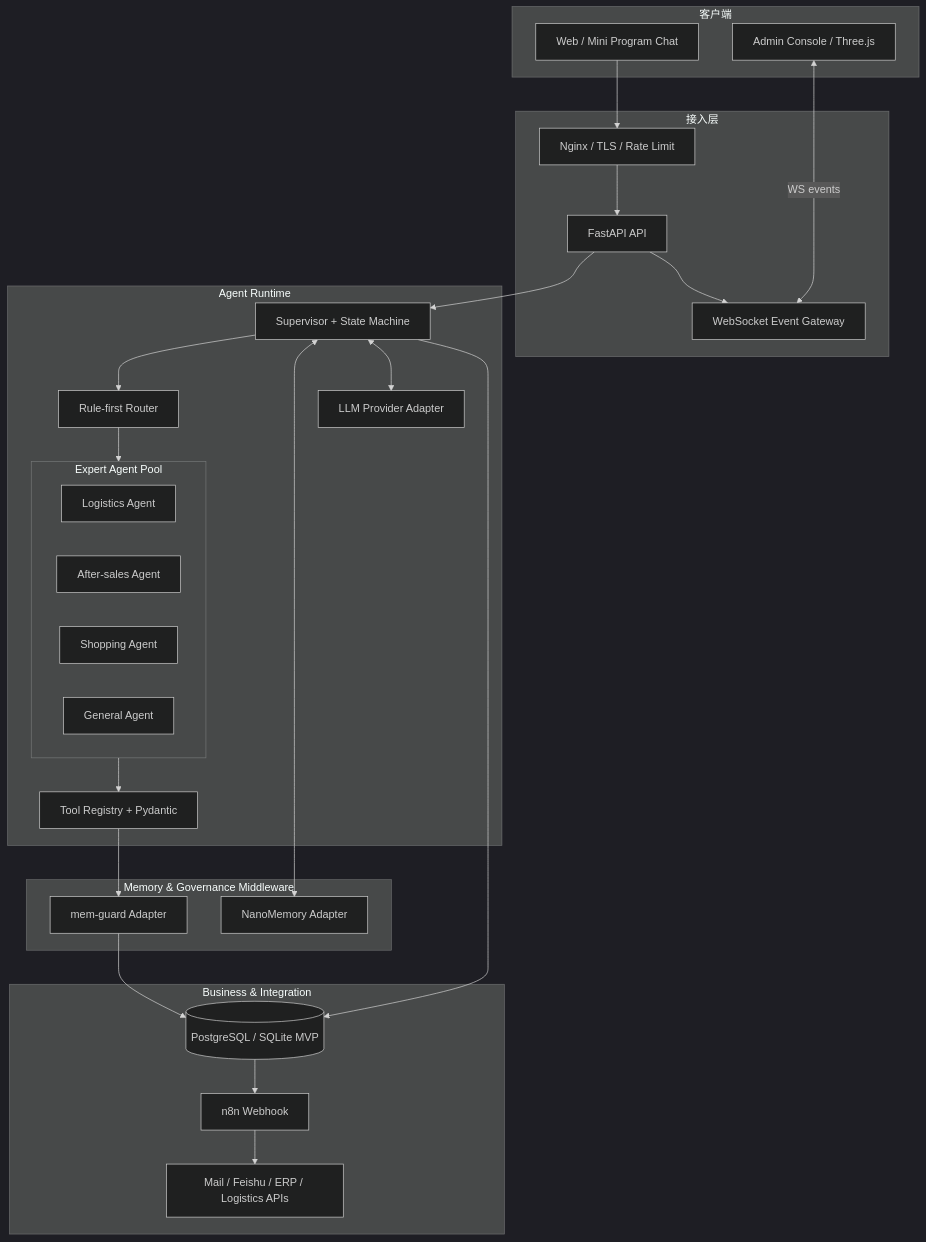
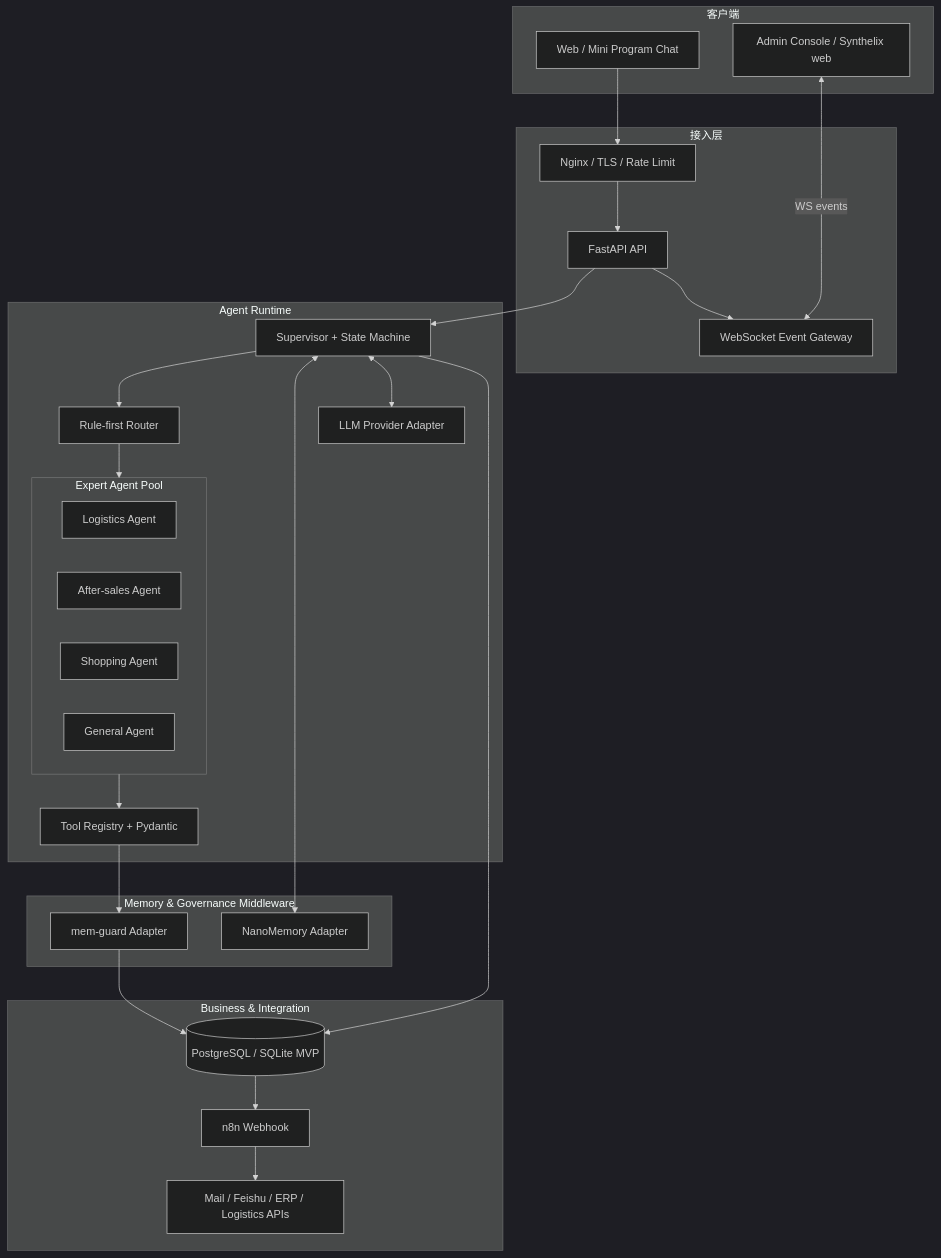
One commit to xixin9988-sys/omnicare changed the first of 2 diagrams in ARCHITECTURE.md. Above: the diagram before and after it, drawn with Mermaid (dark theme). The commit also changed other lines of this file and 50 other files, not shown here.

First line of the commit message:
Security round: OIDC/JWT identity, authenticated MCP transport, memory provenance, Synthelix console (#3)

````diff
--- a/ARCHITECTURE.md
+++ b/ARCHITECTURE.md
@@ -34,44 +34,44 @@
 ```mermaid
 flowchart TB
   subgraph Client[客户端]
     U[Web / Mini Program Chat]
-    A[Admin Console / Three.js]
+    A[Admin Console / Synthelix web]
   end
   subgraph Edge[接入层]
     N[Nginx / TLS / Rate Limit]
     API[FastAPI API]
     WS[WebSocket Event Gateway]
   end
   subgraph Core[Agent Runtime]
     S[Supervisor + State Machine]
     R[Rule-first Router]
     TR[Tool Registry + Pydantic]
     P[LLM Provider Adapter]
     subgraph Pool[Expert Agent Pool]
       L[Logistics Agent]
       F[After-sales Agent]
       G[Shopping Agent]
       C[General Agent]
     end
   end
   subgraph Gov[Memory & Governance Middleware]
     NM[NanoMemory Adapter]
     MG[mem-guard Adapter]
   end
   subgraph Data[Business & Integration]
     DB[(PostgreSQL / SQLite MVP)]
     N8N[n8n Webhook]
     EXT[Mail / Feishu / ERP / Logistics APIs]
   end
   U --> N --> API --> S
   A <-->|WS events| WS
   API --> WS
   S --> R --> Pool
   Pool --> TR
   TR --> MG
   MG --> DB
   S <--> NM
   S <--> P
   S --> DB
   DB --> N8N --> EXT
 ```
````
